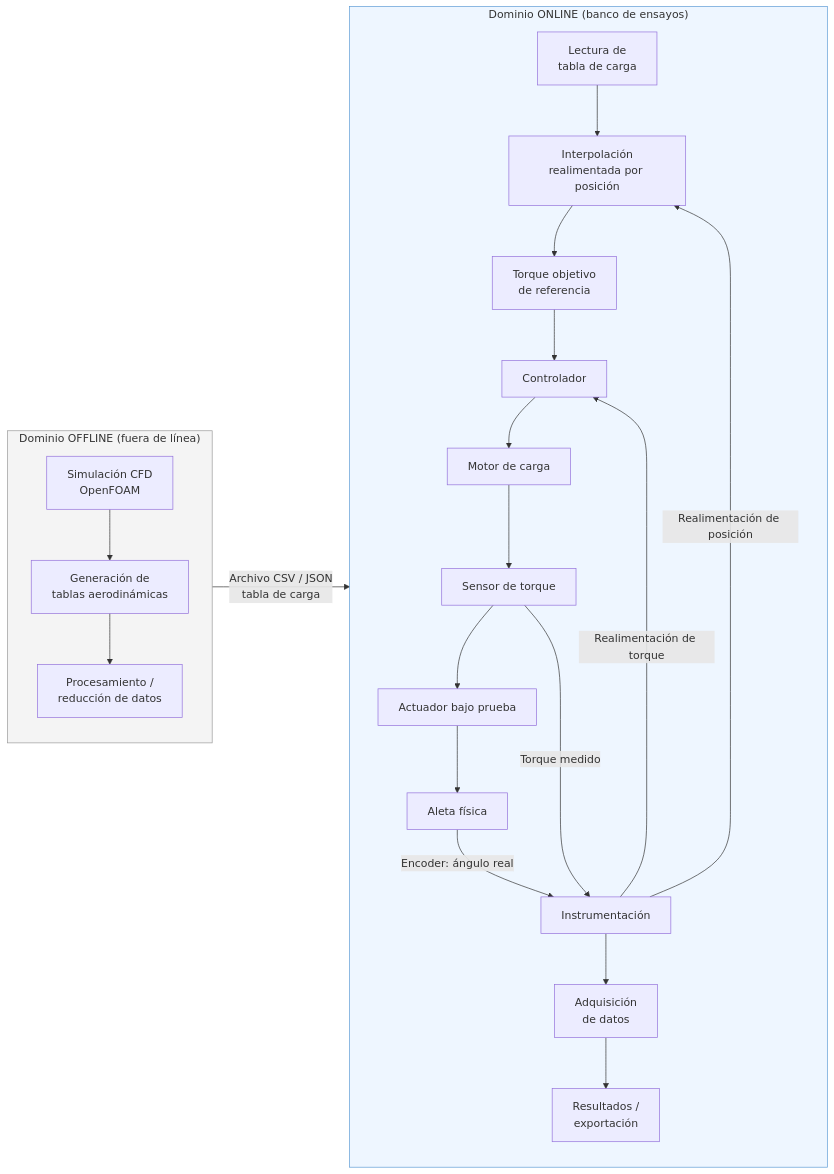
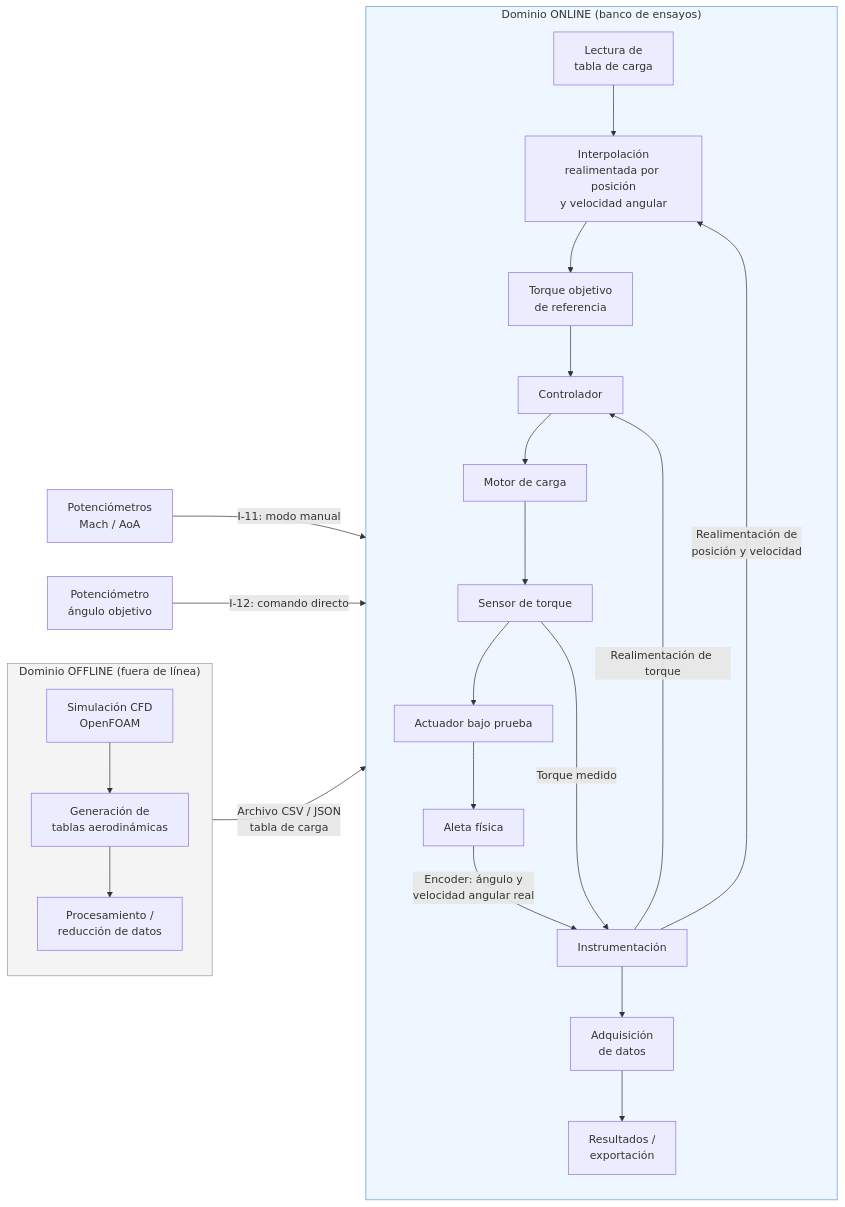
One commit to Pepe7150/Memoria changed the first of 2 diagrams in 03_Requisitos/05_Arquitectura_del_Sistema.md. Above: the diagram before and after it, drawn with Mermaid. The commit also changed other lines of this file and 5 other files, not shown here.

Commit message:
Se extienden los OE, se agrega la dimensión de velocidad angular a las entradas y se agregan los potenciometros al diseño.

````diff
--- a/03_Requisitos/05_Arquitectura_del_Sistema.md
+++ b/03_Requisitos/05_Arquitectura_del_Sistema.md
@@ -20,30 +22,33 @@
 ```mermaid
 flowchart LR
     subgraph OFFLINE["Dominio OFFLINE (fuera de línea)"]
         direction TB
         A[Simulación CFD<br/>OpenFOAM] --> B[Generación de<br/>tablas aerodinámicas]
         B --> C[Procesamiento /<br/>reducción de datos]
     end
 
     C -->|Archivo CSV / JSON<br/>tabla de carga| D
 
+    POT1[Potenciómetros<br/>Mach / AoA] -->|I-11: modo manual| E
+    POT2[Potenciómetro<br/>ángulo objetivo] -->|I-12: comando directo| ACT
+
     subgraph ONLINE["Dominio ONLINE (banco de ensayos)"]
         direction TB
-        D[Lectura de<br/>tabla de carga] --> E[Interpolación<br/>realimentada por posición]
+        D[Lectura de<br/>tabla de carga] --> E[Interpolación<br/>realimentada por posición<br/>y velocidad angular]
         E --> F[Torque objetivo<br/>de referencia]
         F --> G[Controlador]
         G --> H[Motor de carga]
         H --> S[Sensor de torque]
         S --> ACT[Actuador bajo prueba]
         ACT --> AL[Aleta física]
-        AL -->|Encoder: ángulo real| ENC[Instrumentación]
+        AL -->|Encoder: ángulo y<br/>velocidad angular real| ENC[Instrumentación]
         S -->|Torque medido| ENC
         ENC -->|Realimentación de torque| G
-        ENC -->|Realimentación de posición| E
+        ENC -->|Realimentación de<br/>posición y velocidad| E
         ENC --> I[Adquisición<br/>de datos]
         I --> J[Resultados /<br/>exportación]
     end
 
     style OFFLINE fill:#f4f4f4,stroke:#999
     style ONLINE fill:#eef6ff,stroke:#5b9bd5
 ```
````
